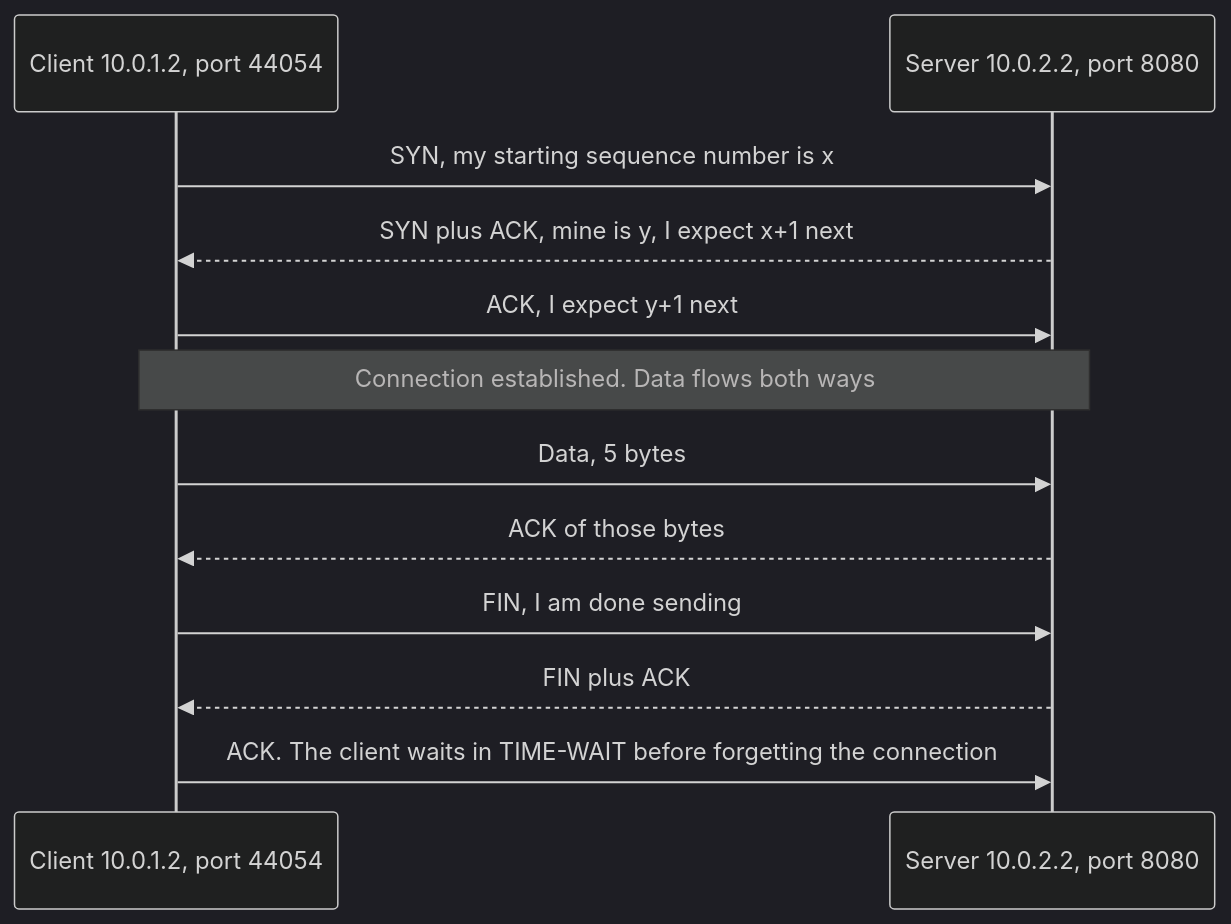
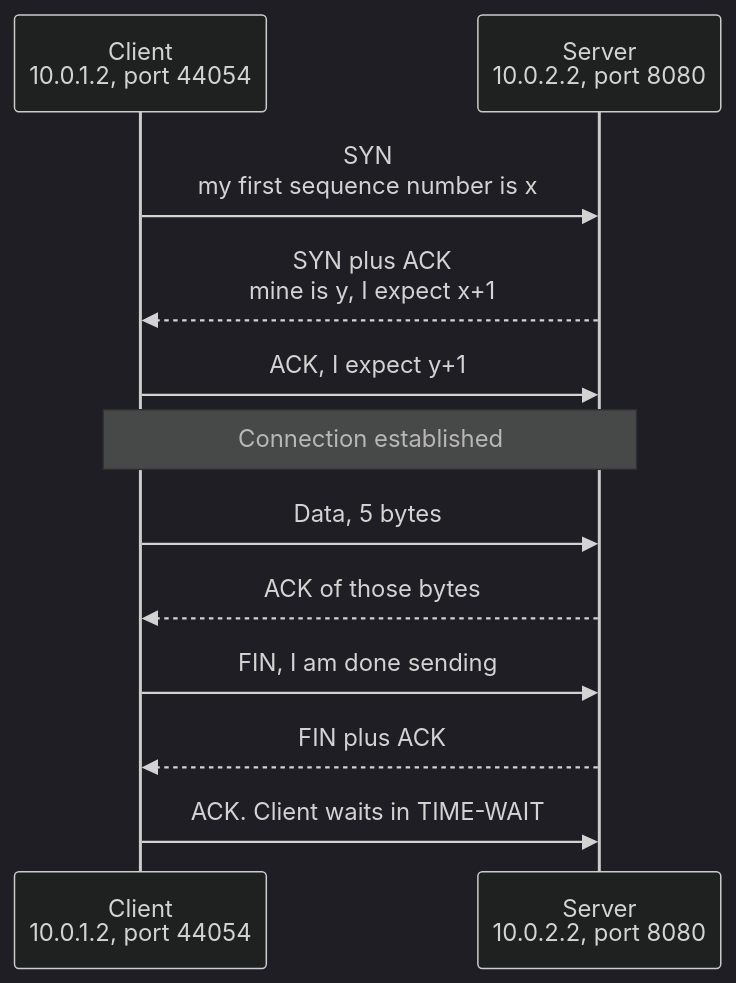
The diagram in docs/networking/tcp-and-udp.md (alfinwilliam/devops-notes), drawn with Mermaid (dark theme) before and after one commit. The commit also changed 17 other files, not shown here.

First line of the commit message:
diagrams: fix every diagram that was shrunk below readable size

````diff
--- a/docs/networking/tcp-and-udp.md
+++ b/docs/networking/tcp-and-udp.md
@@ -30,14 +30,14 @@
 ```mermaid
 sequenceDiagram
-    participant C as Client 10.0.1.2, port 44054
-    participant S as Server 10.0.2.2, port 8080
-    C->>S: SYN, my starting sequence number is x
-    S-->>C: SYN plus ACK, mine is y, I expect x+1 next
-    C->>S: ACK, I expect y+1 next
-    Note over C,S: Connection established. Data flows both ways
+    participant C as Client<br/>10.0.1.2, port 44054
+    participant S as Server<br/>10.0.2.2, port 8080
+    C->>S: SYN<br/>my first sequence number is x
+    S-->>C: SYN plus ACK<br/>mine is y, I expect x+1
+    C->>S: ACK, I expect y+1
+    Note over C,S: Connection established
     C->>S: Data, 5 bytes
     S-->>C: ACK of those bytes
     C->>S: FIN, I am done sending
     S-->>C: FIN plus ACK
-    C->>S: ACK. The client waits in TIME-WAIT before forgetting the connection
+    C->>S: ACK. Client waits in TIME-WAIT
 ```
````
